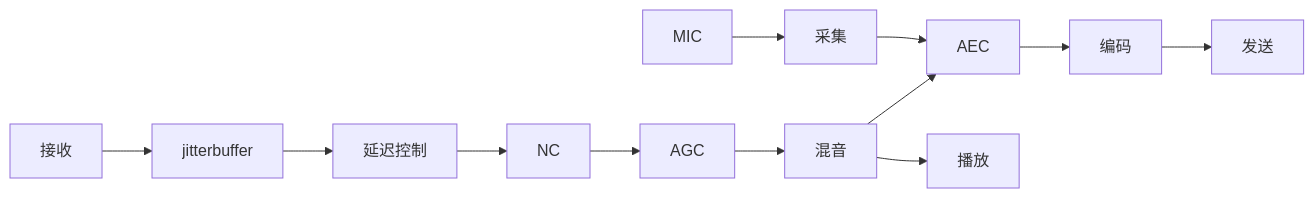
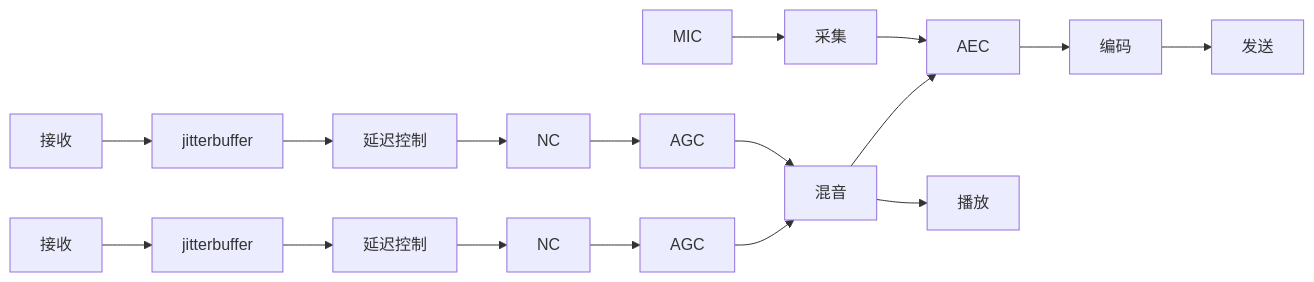
Before and after one commit to gavin88/teaching_plan: the diagram in outline.md, drawn with Mermaid. The commit also changed other lines of this file, not shown here.

````diff
--- a/outline.md
+++ b/outline.md
@@ -118,7 +112,8 @@
 ```mermaid
 graph LR
 A[MIC]-->B[采集]-->C[AEC]-->D[编码] --> E[发送]
-
 H[接收]-->I[jitterbuffer]-->J[延迟控制]-->K[NC]-->O[AGC]-->F[混音] --> G[播放] 
 F-->C
+H2[接收]-->I2[jitterbuffer]-->J2[延迟控制]-->K2[NC]-->O2[AGC]
+O2-->F
 ```
````
